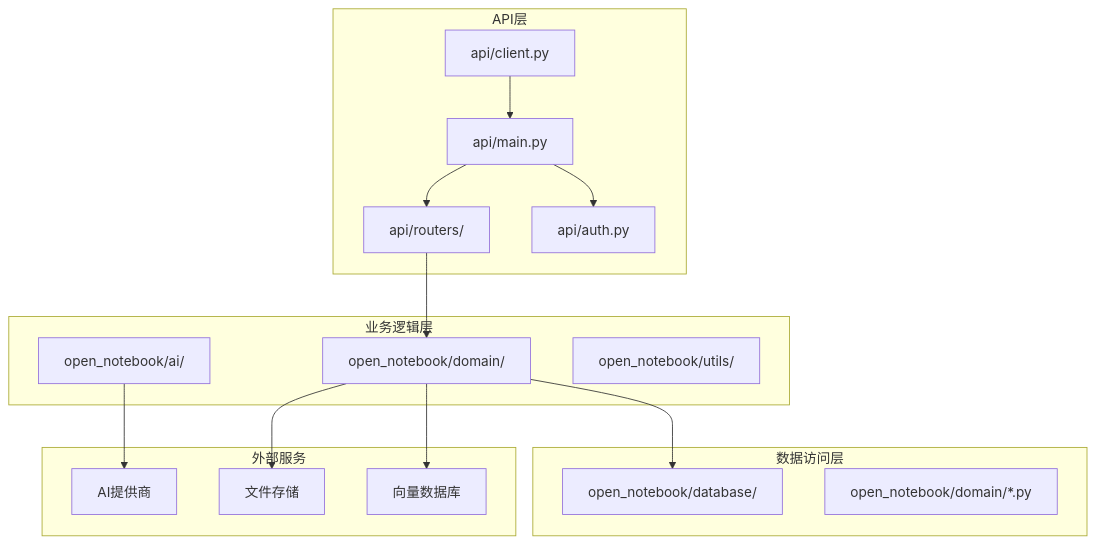
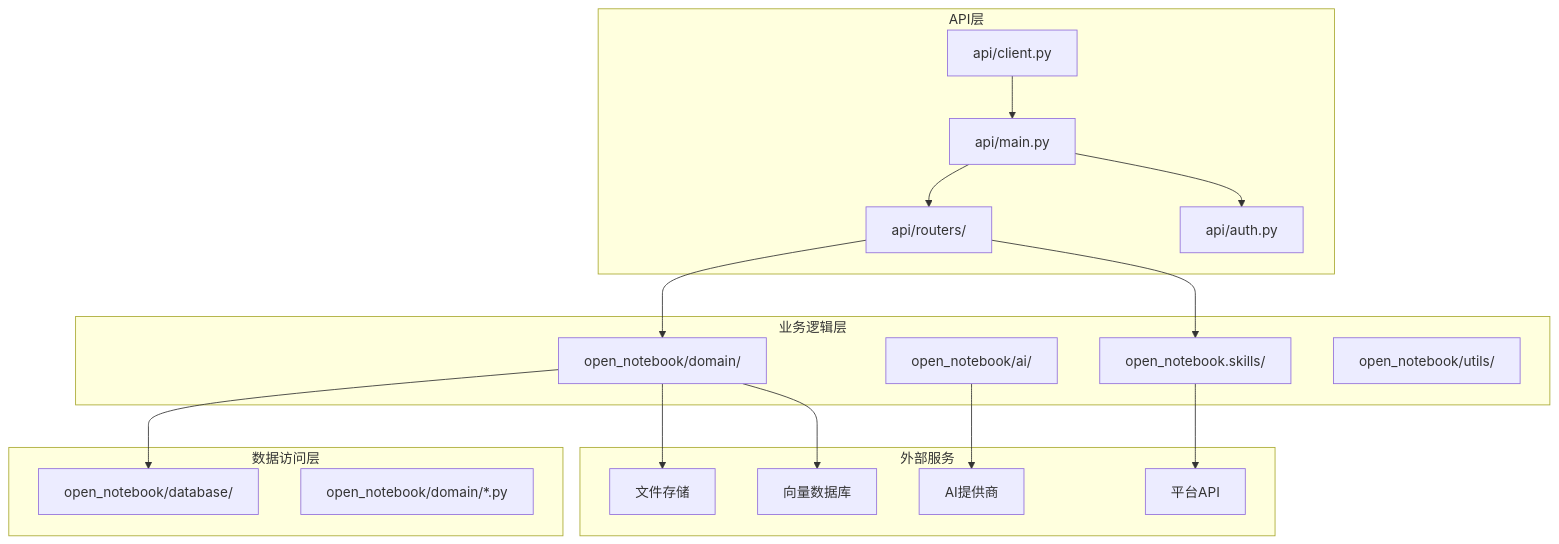
Before and after one commit to jackeyunjie/open-notebook: the first of 17 diagrams in .qoder/repowiki/zh/content/API集成.md, drawn with Mermaid. The commit also changed other lines of this file and 51 other files, not shown here.

````diff
--- a/.qoder/repowiki/zh/content/API集成.md
+++ b/.qoder/repowiki/zh/content/API集成.md
@@ -41,31 +57,35 @@
 ```mermaid
 graph TB
 subgraph "API层"
 Main[api/main.py]
 Routers[api/routers/]
 Auth[api/auth.py]
 Client[api/client.py]
 end
 subgraph "业务逻辑层"
 Domain[open_notebook/domain/]
 AI[open_notebook/ai/]
+Skills[open_notebook.skills/]
 Utils[open_notebook/utils/]
 end
 subgraph "数据访问层"
 Database[open_notebook/database/]
 Models[open_notebook/domain/*.py]
 end
 subgraph "外部服务"
 Providers[AI提供商]
 Storage[文件存储]
 VectorDB[向量数据库]
+PlatformAPIs[平台API]
 end
 Main --> Routers
 Main --> Auth
 Client --> Main
 Routers --> Domain
+Routers --> Skills
 Domain --> Database
+Skills --> PlatformAPIs
 AI --> Providers
 Domain --> Storage
 Domain --> VectorDB
 ```
````
